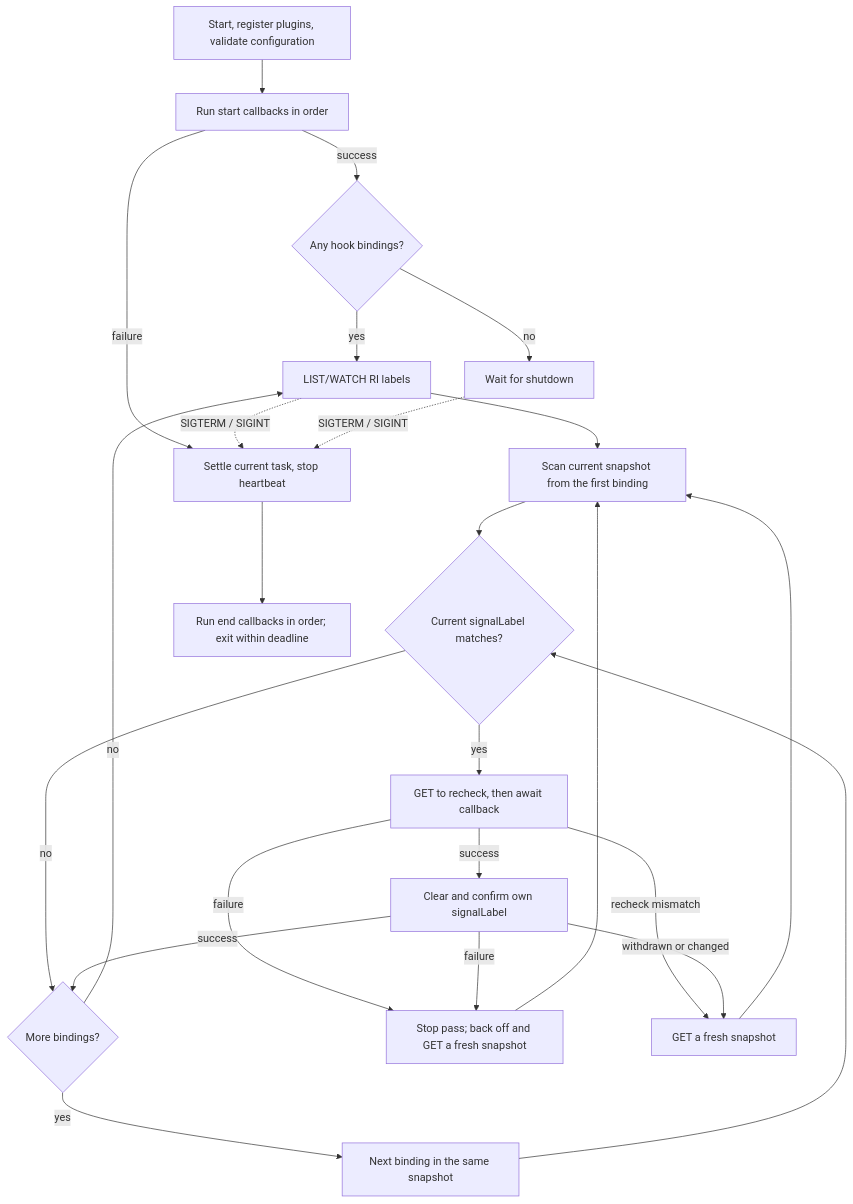
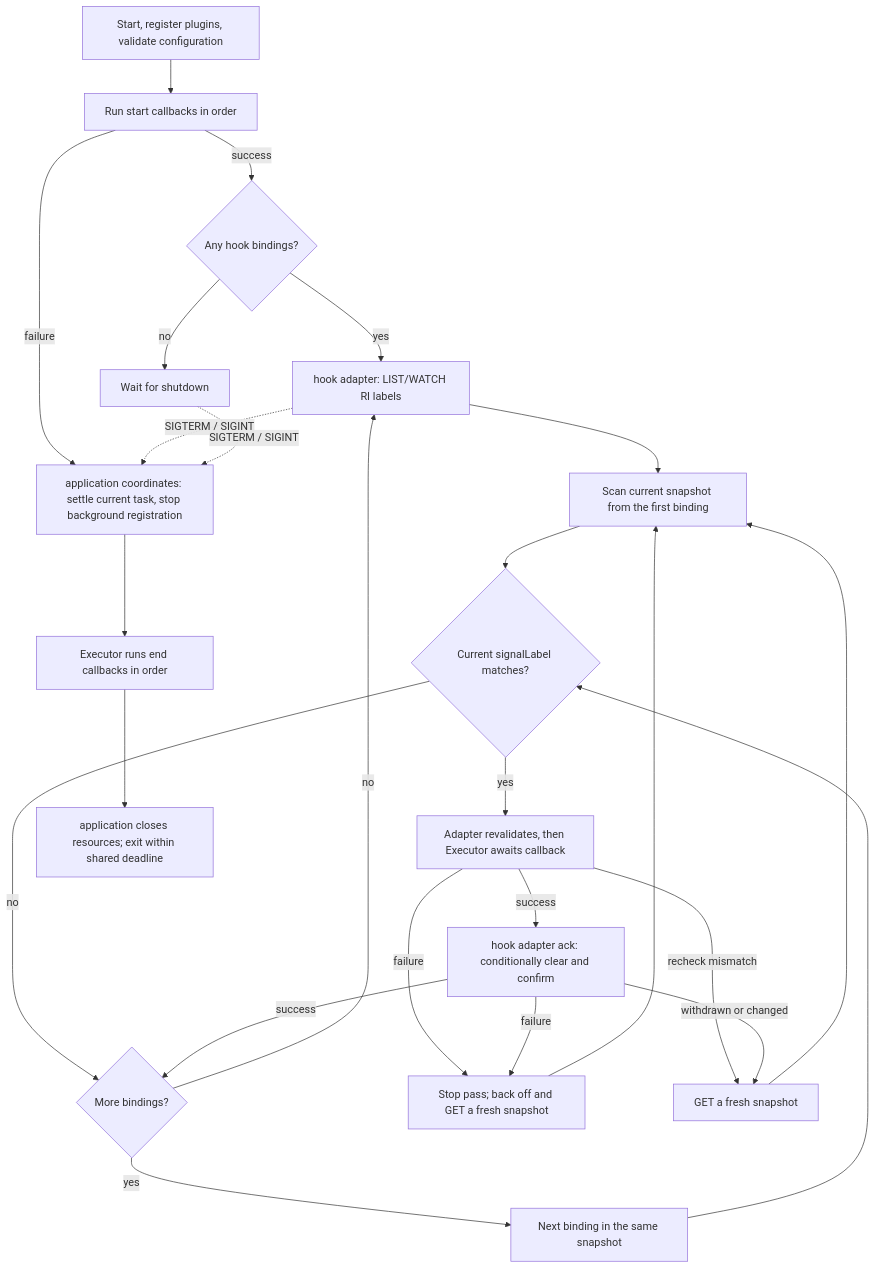
The second of 2 diagrams in proposals/14-roleinstance-lifecycle-hook-executor/README.md (diw-zw/inference-engine-runtime), drawn with Mermaid before and after one commit. The commit also changed other lines of this file and 2 other files, not shown here.

````diff
--- a/proposals/14-roleinstance-lifecycle-hook-executor/README.md
+++ b/proposals/14-roleinstance-lifecycle-hook-executor/README.md
@@ -505,26 +571,27 @@
 ```mermaid
 flowchart TD
     A["Start, register plugins, validate configuration"] --> B["Run start callbacks in order"]
     B -->|success| C{"Any hook bindings?"}
-    B -->|failure| H["Settle current task, stop heartbeat"]
+    B -->|failure| H["application coordinates: settle current task, stop background registration"]
     C -->|no| W["Wait for shutdown"]
-    C -->|yes| L["LIST/WATCH RI labels"]
+    C -->|yes| L["hook adapter: LIST/WATCH RI labels"]
     L --> D["Scan current snapshot from the first binding"]
     D --> E{"Current signalLabel matches?"}
     E -->|no| N{"More bindings?"}
-    E -->|yes| F["GET to recheck, then await callback"]
-    F -->|success| G["Clear and confirm own signalLabel"]
+    E -->|yes| F["Adapter revalidates, then Executor awaits callback"]
+    F -->|success| G["hook adapter ack: conditionally clear and confirm"]
     G -->|success| N
     F -->|failure| R["Stop pass; back off and GET a fresh snapshot"]
     G -->|failure| R
     F -->|recheck mismatch| M["GET a fresh snapshot"]
     G -->|withdrawn or changed| M
     M --> D
     R --> D
     N -->|yes| J["Next binding in the same snapshot"]
     J --> E
     N -->|no| L
     L -. SIGTERM / SIGINT .-> H
     W -. SIGTERM / SIGINT .-> H
-    H --> I["Run end callbacks in order; exit within deadline"]
+    H --> I["Executor runs end callbacks in order"]
+    I --> Z["application closes resources; exit within shared deadline"]
 ```
````
